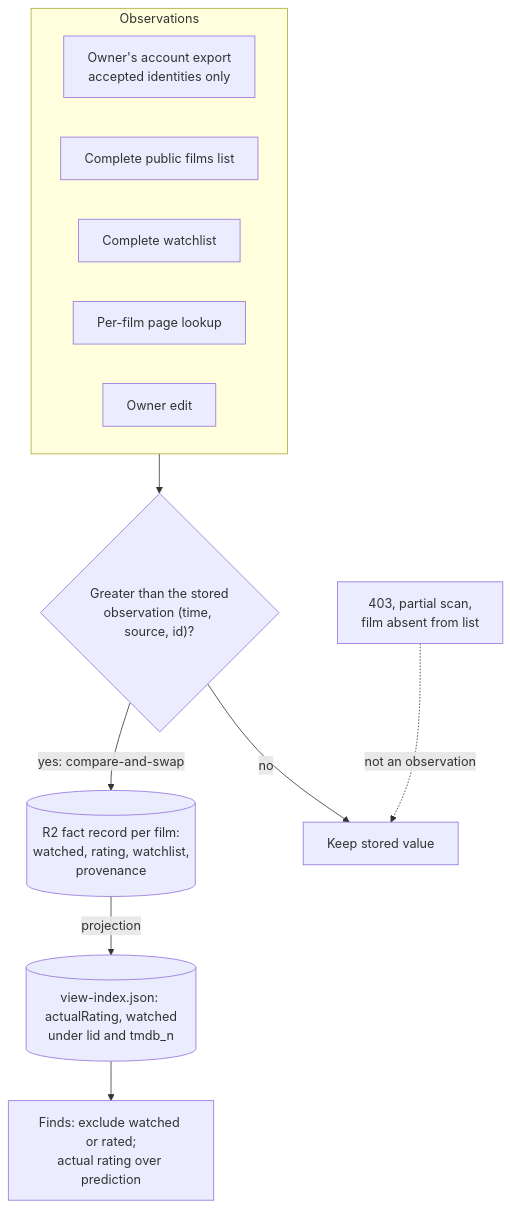
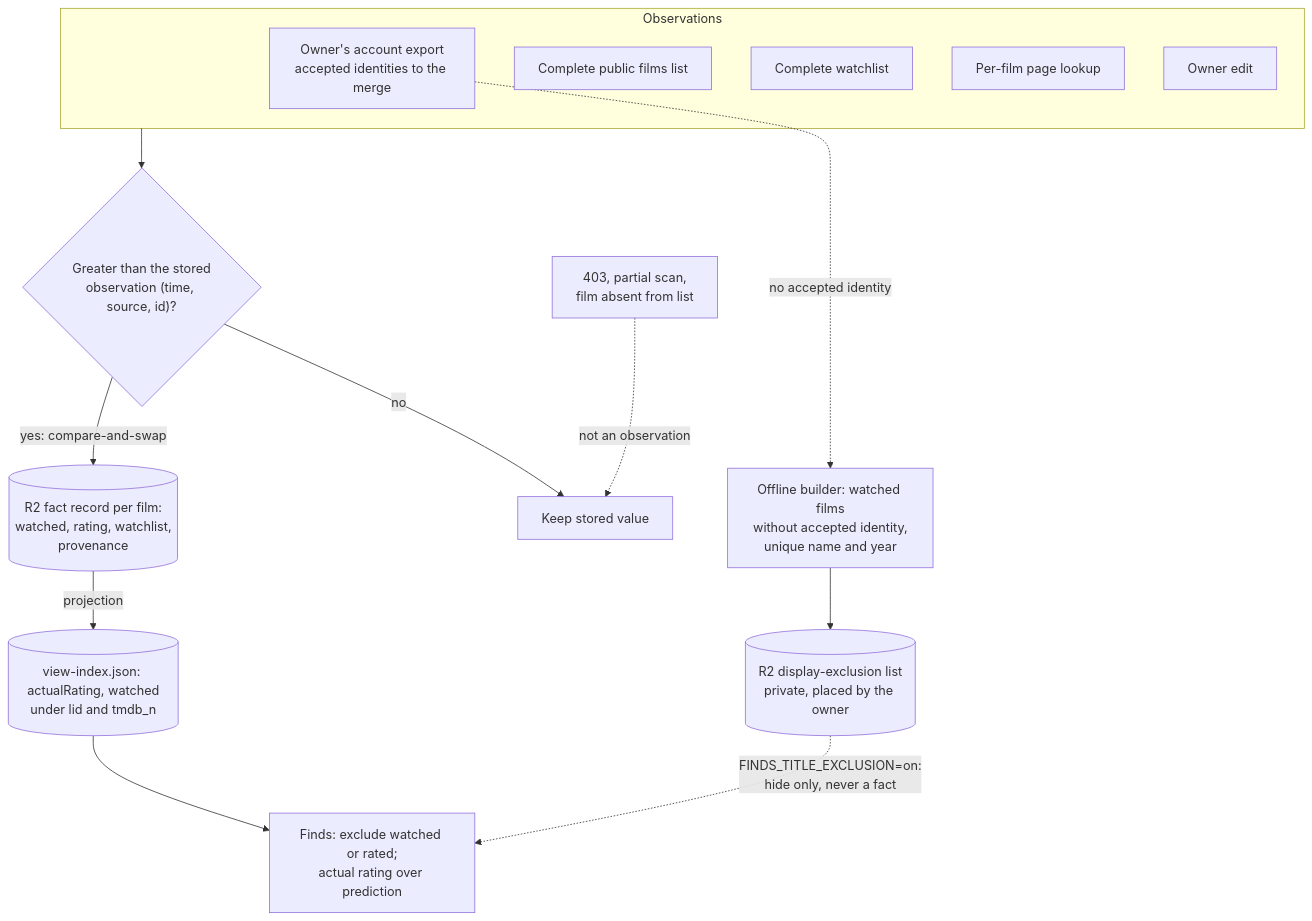
One commit to vladimino/iptv-watchlist changed the second of 2 diagrams in docs/architecture/letterboxd-ingestion.md. Above: the diagram before and after it, drawn with Mermaid. The commit also changed other lines of this file and 8 other files, not shown here.

Commit message:
AIR-197: strict display-only watched exclusion in Finds behind FINDS_TITLE_EXCLUSION (off)

````diff
--- a/docs/architecture/letterboxd-ingestion.md
+++ b/docs/architecture/letterboxd-ingestion.md
@@ -47,22 +47,27 @@
 ```mermaid
 flowchart TD
     subgraph sources["Observations"]
-        export["Owner's account export<br/>accepted identities only"]
+        export["Owner's account export<br/>accepted identities to the merge"]
         films["Complete public films list"]
         watchlist["Complete watchlist"]
         page["Per-film page lookup"]
         owner["Owner edit"]
     end
     gaps["403, partial scan,<br/>film absent from list"]
     merge{"Greater than the stored<br/>observation (time, source, id)?"}
     facts[("R2 fact record per film:<br/>watched, rating, watchlist,<br/>provenance")]
     keep["Keep stored value"]
     index[("view-index.json: actualRating, watched<br/>under lid and tmdb_n")]
     finds["Finds: exclude watched or rated;<br/>actual rating over prediction"]
+    builder["Offline builder: watched films<br/>without accepted identity,<br/>unique name and year"]
+    list[("R2 display-exclusion list<br/>private, placed by the owner")]
     sources --> merge
     merge -->|yes: compare-and-swap| facts
     merge -->|no| keep
     gaps -.->|not an observation| keep
     facts -->|projection| index
     index --> finds
+    export -.->|no accepted identity| builder
+    builder --> list
+    list -.->|"FINDS_TITLE_EXCLUSION=on:<br/>hide only, never a fact"| finds
 ```
````
